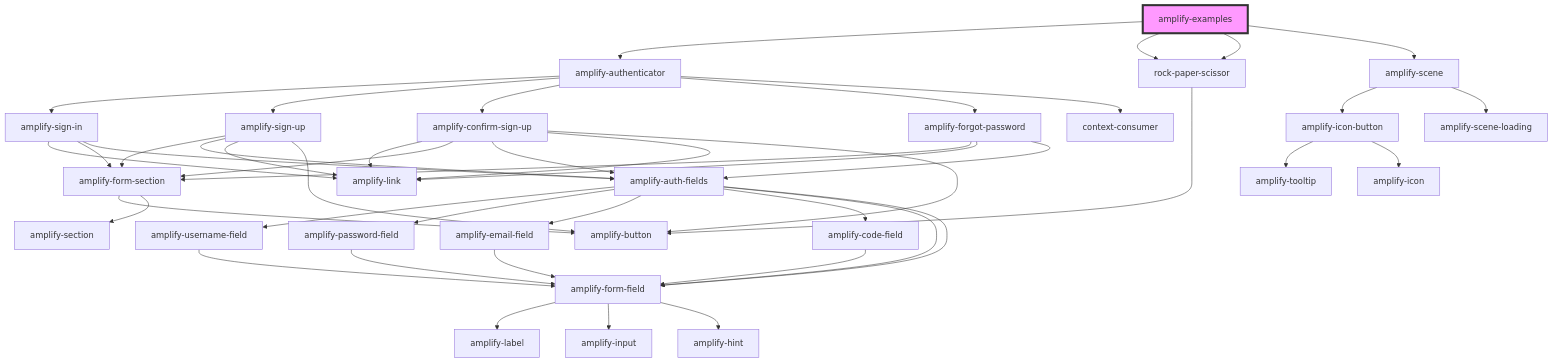
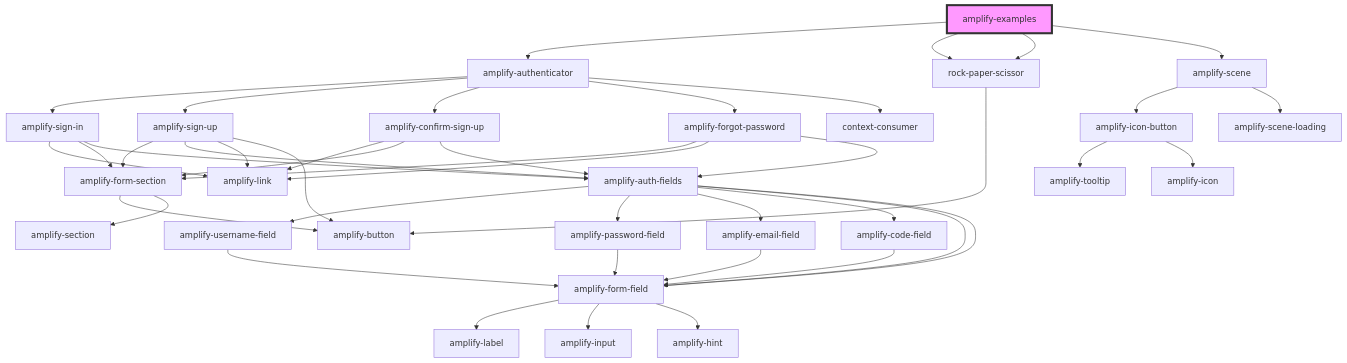
One commit to aws-amplify/amplify-js changed the diagram in packages/amplify-ui-components/src/components/amplify-examples/readme.md. Above: the diagram before and after it, drawn with Mermaid. The commit also changed 12 other files, not shown here.

````diff
--- a/packages/amplify-ui-components/src/components/amplify-examples/readme.md
+++ b/packages/amplify-ui-components/src/components/amplify-examples/readme.md
@@ -16,48 +16,46 @@
 ```mermaid
 graph TD;
   amplify-examples --> amplify-authenticator
   amplify-examples --> rock-paper-scissor
   amplify-examples --> rock-paper-scissor
   amplify-examples --> amplify-scene
   amplify-authenticator --> amplify-sign-in
   amplify-authenticator --> amplify-sign-up
   amplify-authenticator --> amplify-confirm-sign-up
   amplify-authenticator --> amplify-forgot-password
   amplify-authenticator --> context-consumer
   amplify-sign-in --> amplify-link
   amplify-sign-in --> amplify-form-section
   amplify-sign-in --> amplify-auth-fields
   amplify-form-section --> amplify-button
   amplify-form-section --> amplify-section
   amplify-auth-fields --> amplify-username-field
   amplify-auth-fields --> amplify-password-field
   amplify-auth-fields --> amplify-email-field
   amplify-auth-fields --> amplify-code-field
   amplify-auth-fields --> amplify-form-field
   amplify-auth-fields --> amplify-form-field
   amplify-username-field --> amplify-form-field
   amplify-form-field --> amplify-label
   amplify-form-field --> amplify-input
   amplify-form-field --> amplify-hint
   amplify-password-field --> amplify-form-field
   amplify-email-field --> amplify-form-field
   amplify-code-field --> amplify-form-field
   amplify-sign-up --> amplify-form-section
   amplify-sign-up --> amplify-auth-fields
   amplify-sign-up --> amplify-link
   amplify-sign-up --> amplify-button
   amplify-confirm-sign-up --> amplify-link
   amplify-confirm-sign-up --> amplify-form-section
   amplify-confirm-sign-up --> amplify-auth-fields
-  amplify-confirm-sign-up --> amplify-link
-  amplify-confirm-sign-up --> amplify-button
   amplify-forgot-password --> amplify-form-section
   amplify-forgot-password --> amplify-link
   amplify-forgot-password --> amplify-auth-fields
   rock-paper-scissor --> amplify-button
   amplify-scene --> amplify-icon-button
   amplify-scene --> amplify-scene-loading
   amplify-icon-button --> amplify-tooltip
   amplify-icon-button --> amplify-icon
   style amplify-examples fill:#f9f,stroke:#333,stroke-width:4px
 ```
````
